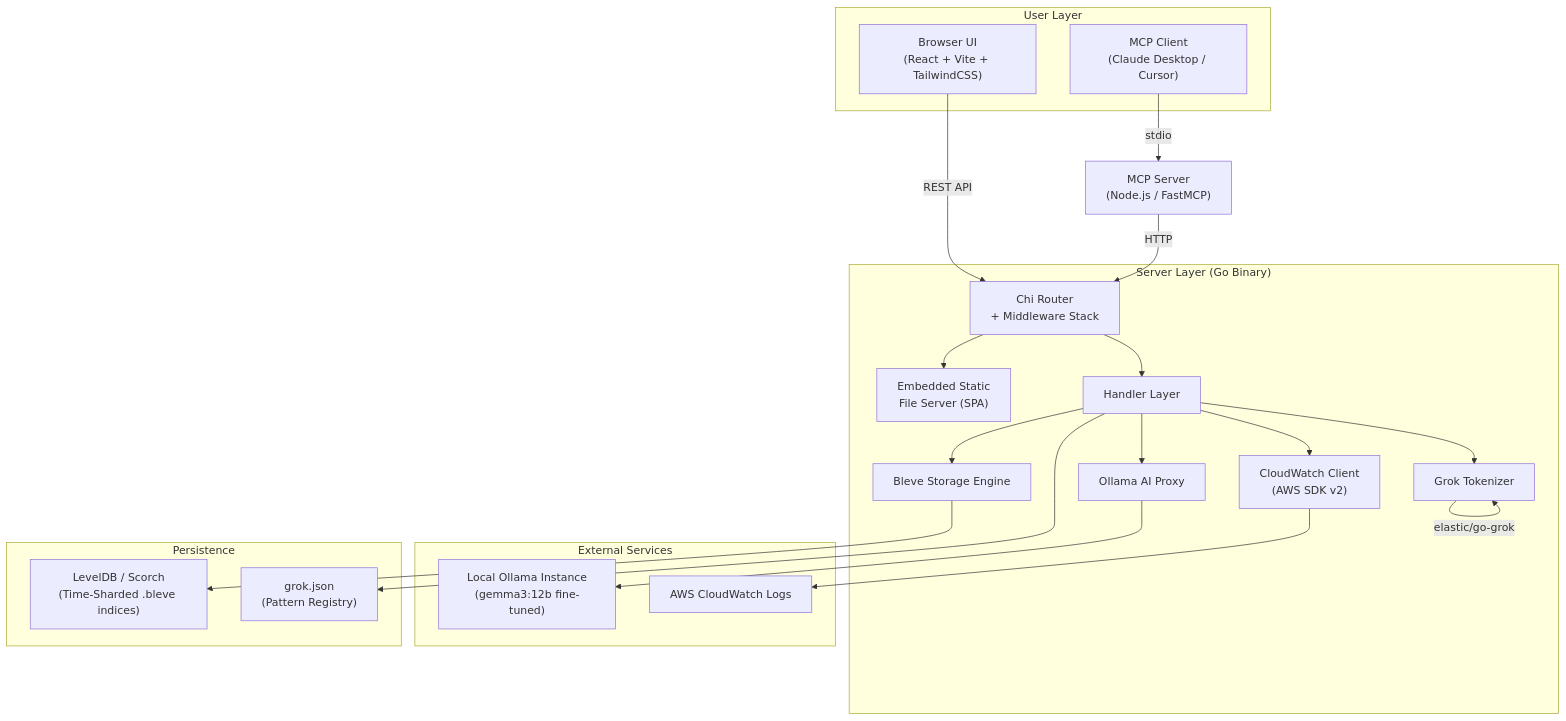
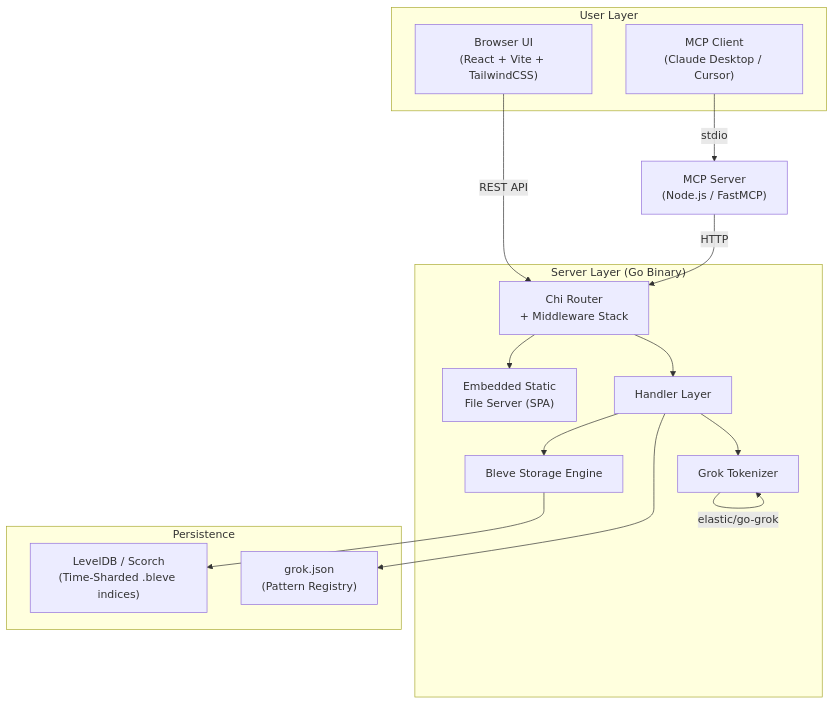
One commit to logsonic/logsonic changed the first of 8 diagrams in docs/System_Architecture.md. Above: the diagram before and after it, drawn with Mermaid. The commit also changed other lines of this file and 84 other files, not shown here.

````diff
--- a/docs/System_Architecture.md
+++ b/docs/System_Architecture.md
@@ -11,45 +11,33 @@
 ```mermaid
 graph TB
     subgraph "User Layer"
         Browser["Browser UI<br/>(React + Vite + TailwindCSS)"]
         MCP_Client["MCP Client<br/>(Claude Desktop / Cursor)"]
     end
 
     subgraph "Server Layer (Go Binary)"
         Router["Chi Router<br/>+ Middleware Stack"]
         Static["Embedded Static<br/>File Server (SPA)"]
         Handlers["Handler Layer"]
         Tokenizer["Grok Tokenizer"]
         Storage["Bleve Storage Engine"]
-        CW_Client["CloudWatch Client<br/>(AWS SDK v2)"]
-        AI_Proxy["Ollama AI Proxy"]
-    end
-
-    subgraph "External Services"
-        Ollama["Local Ollama Instance<br/>(gemma3:12b fine-tuned)"]
-        AWS["AWS CloudWatch Logs"]
     end
 
     subgraph "Persistence"
         LevelDB["LevelDB / Scorch<br/>(Time-Sharded .bleve indices)"]
         GrokJSON["grok.json<br/>(Pattern Registry)"]
     end
 
     Browser -->|"REST API"| Router
     MCP_Client -->|"stdio"| MCP_Server
     MCP_Server["MCP Server<br/>(Node.js / FastMCP)"] -->|"HTTP"| Router
 
     Router --> Static
     Router --> Handlers
     Handlers --> Tokenizer
     Handlers --> Storage
-    Handlers --> CW_Client
-    Handlers --> AI_Proxy
-
-    CW_Client --> AWS
-    AI_Proxy --> Ollama
 
     Storage --> LevelDB
     Handlers --> GrokJSON
     Tokenizer -->|"elastic/go-grok"| Tokenizer
 ```
````
